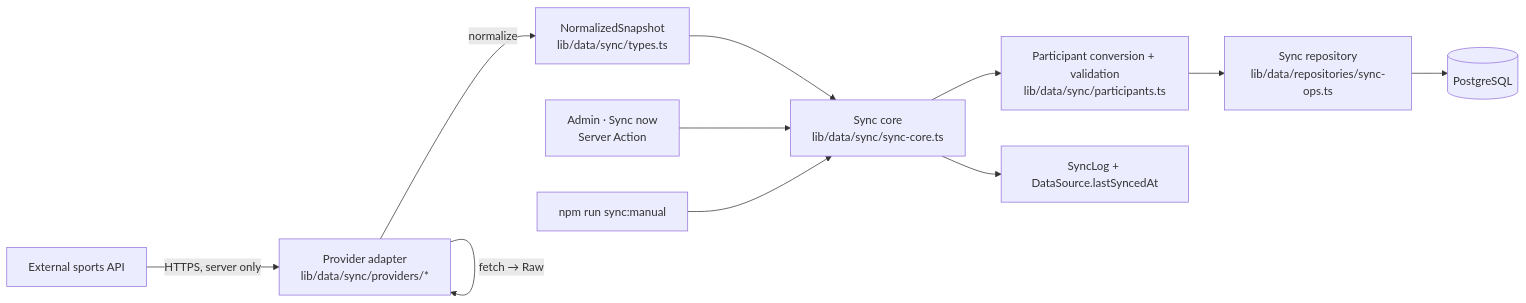
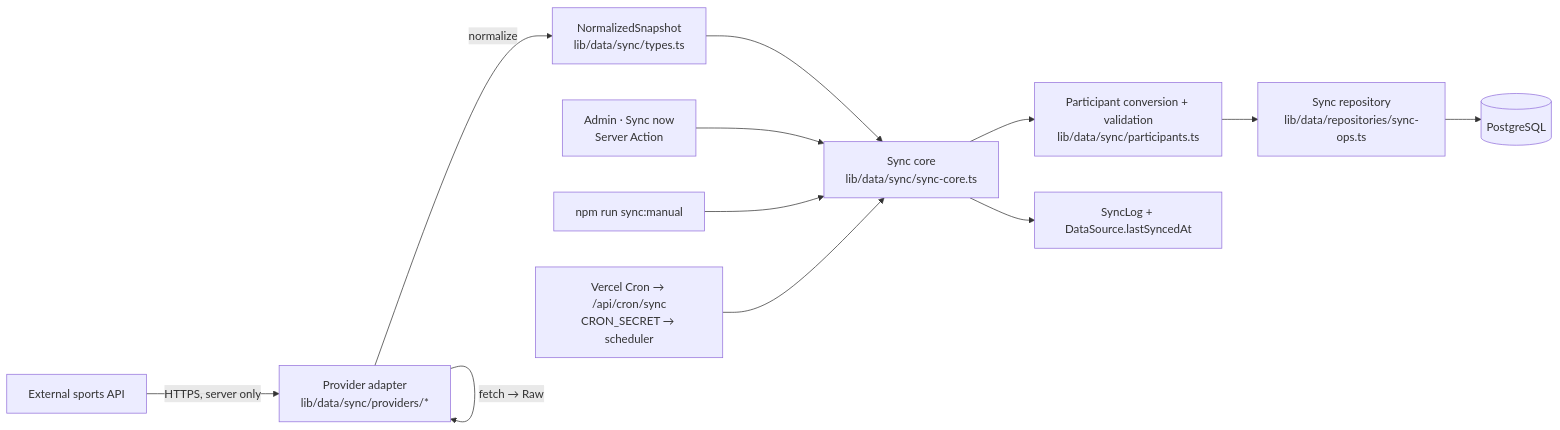
Before and after one commit to RoseHsiao/matchbase: the second of 4 diagrams in README.md, drawn with Mermaid. The commit also changed other lines of this file and 25 other files, not shown here.

````diff
--- a/README.md
+++ b/README.md
@@ -132,13 +133,14 @@
 ```mermaid
 flowchart LR
     API[External sports API] -->|HTTPS, server only| A[Provider adapter<br/>lib/data/sync/providers/*]
     A -->|fetch → Raw| A
     A -->|normalize| S[NormalizedSnapshot<br/>lib/data/sync/types.ts]
     S --> C[Sync core<br/>lib/data/sync/sync-core.ts]
     C --> V[Participant conversion + validation<br/>lib/data/sync/participants.ts]
     V --> SR[Sync repository<br/>lib/data/repositories/sync-ops.ts]
     SR --> DB[(PostgreSQL)]
     C --> L[SyncLog + DataSource.lastSyncedAt]
     ADM[Admin · Sync now<br/>Server Action] --> C
     CLI[npm run sync:manual] --> C
+    CRON[Vercel Cron → /api/cron/sync<br/>CRON_SECRET → scheduler] --> C
 ```
````
